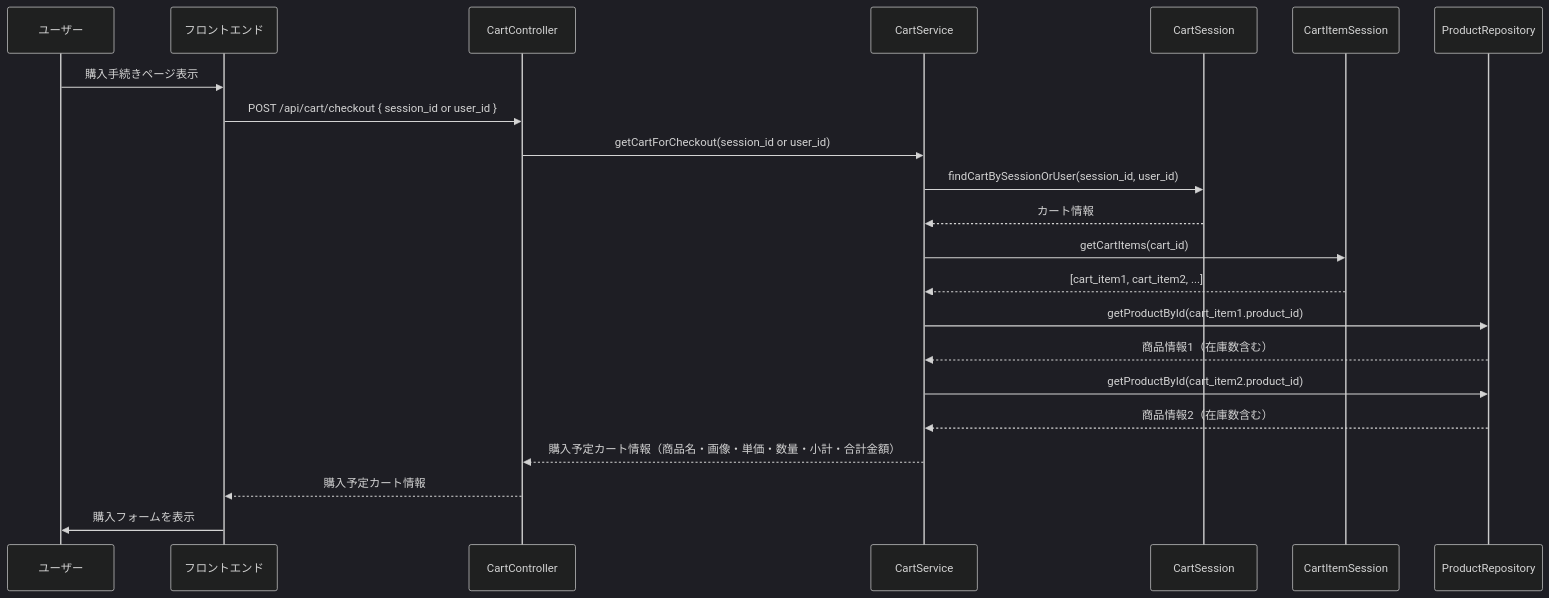
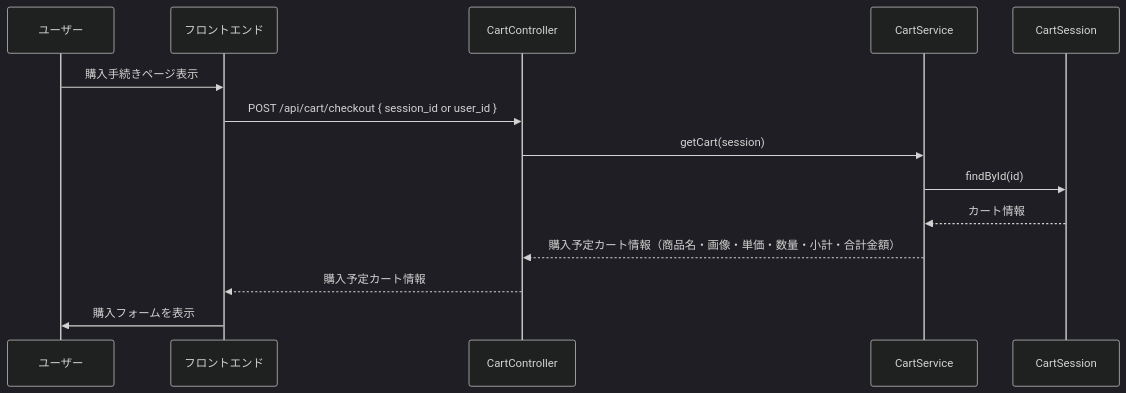
One commit to Aoi-Yaegashi/teamF changed the sixth of 36 diagrams in 詳細設計/担当B_村田/3.2 機能詳細.md. Above: the diagram before and after it, drawn with Mermaid (dark theme). The commit also changed other lines of this file and 2 other files, not shown here.

```diff
--- a/詳細設計/担当B_村田/3.2 機能詳細.md
+++ b/詳細設計/担当B_村田/3.2 機能詳細.md
@@ -248,46 +236,29 @@
 <div class="mermaid">
 sequenceDiagram
     participant User as ユーザー
     participant FE as フロントエンド
     participant CartC as CartController
     participant CartS as CartService
     participant CartRepo as CartSession
-    participant CartItemRepo as CartItemSession
-    participant ProdRepo as ProductRepository
 
     %% ユーザーが「購入手続き」ページを表示
     User->>FE: 購入手続きページ表示
 
     %% フロントエンドがAPI呼び出し
     FE->>CartC: POST /api/cart/checkout { session_id or user_id }
 
     %% コントローラがサービスに処理を依頼
-    CartC->>CartS: getCartForCheckout(session_id or user_id)
+    CartC->>CartS: getCart(session)
 
     %% サービスがカート情報を取得
-    CartS->>CartRepo: findCartBySessionOrUser(session_id, user_id)
+    CartS->>CartRepo: findById(id)
     CartRepo-->>CartS: カート情報
 
-    %% サービスがカートアイテム一覧を取得
-    CartS->>CartItemRepo: getCartItems(cart_id)
-    CartItemRepo-->>CartS: [cart_item1, cart_item2, ...]
-
-    %% サービスが1つめのカートアイテムの商品情報を取得し在庫チェック
-    CartS->>ProdRepo: getProductById(cart_item1.product_id)
-    ProdRepo-->>CartS: 商品情報1（在庫数含む）
-
-    %% サービスが2つめのカートアイテムの商品情報を取得し在庫チェック
-    CartS->>ProdRepo: getProductById(cart_item2.product_id)
-    ProdRepo-->>CartS: 商品情報2（在庫数含む）
-
-    %% （カートアイテムがさらにあれば同様に記述）
-
-    %% 在庫OKの場合、購入予定カート情報をまとめて返却
     CartS-->>CartC: 購入予定カート情報（商品名・画像・単価・数量・小計・合計金額）
 
     %% コントローラがフロントエンドに返却
     CartC-->>FE: 購入予定カート情報
 
     %% フロントエンドが購入フォームを表示
     FE->>User: 購入フォームを表示
 </div>
```
